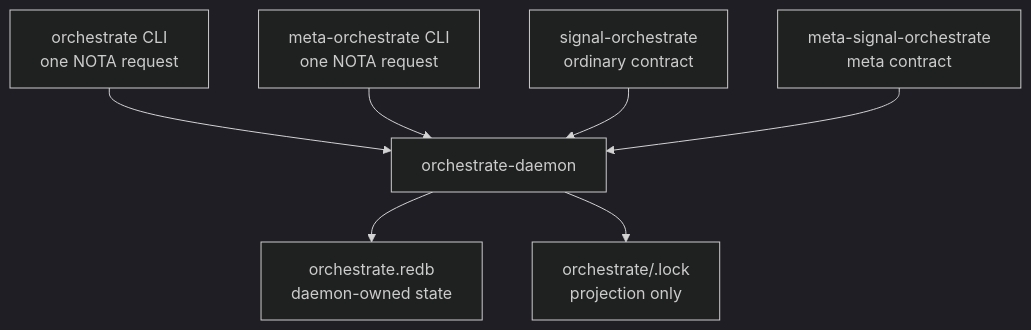
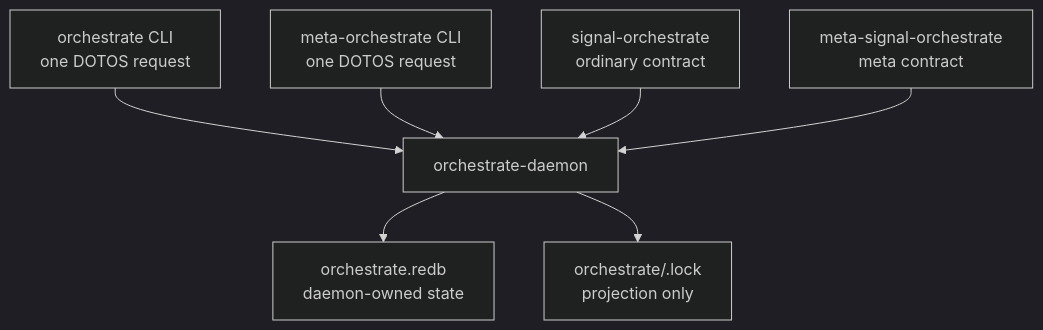
One commit to LiGoldragon/primary changed the diagram in orchestrate/ARCHITECTURE.md. Above: the diagram before and after it, drawn with Mermaid (dark theme). The commit also changed other lines of this file and 13 other files, not shown here.

Commit message:
primary: rename NOTA control plane to DOTOS

````diff
--- a/orchestrate/ARCHITECTURE.md
+++ b/orchestrate/ARCHITECTURE.md
@@ -18,9 +18,9 @@
 ```mermaid
 flowchart TB
-    cli["orchestrate CLI\none NOTA request"] --> daemon["orchestrate-daemon"]
-    metacli["meta-orchestrate CLI\none NOTA request"] --> daemon
+    cli["orchestrate CLI\none DOTOS request"] --> daemon["orchestrate-daemon"]
+    metacli["meta-orchestrate CLI\none DOTOS request"] --> daemon
     ordinary["signal-orchestrate\nordinary contract"] --> daemon
     meta["meta-signal-orchestrate\nmeta contract"] --> daemon
     daemon --> store["orchestrate.redb\ndaemon-owned state"]
     daemon --> locks["orchestrate/<lane>.lock\nprojection only"]
 ```
````
